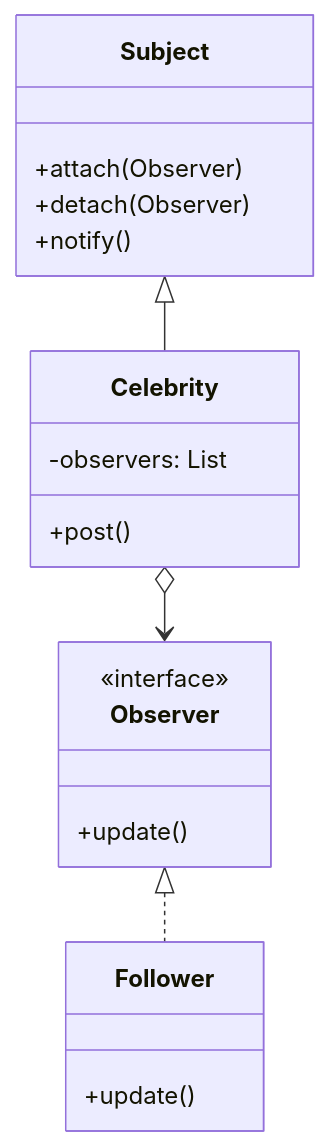
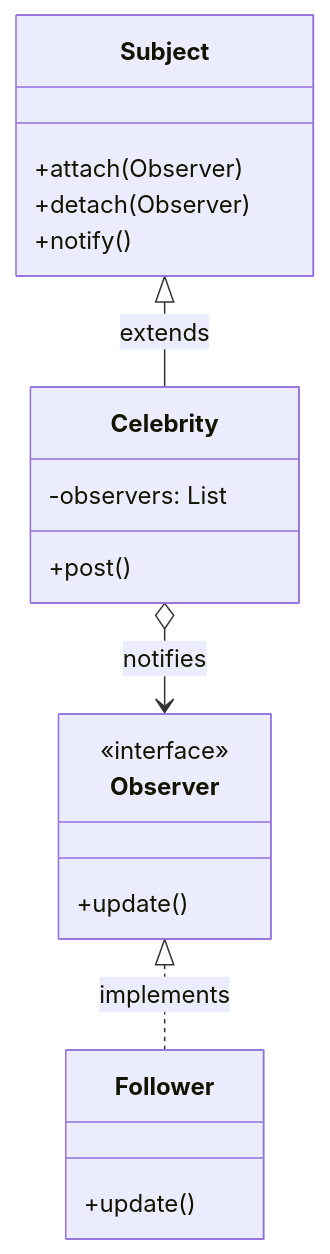
Before and after one commit to TechFille006/OOP: the seventh of 8 diagrams in design_patterns.md, drawn with Mermaid. The commit also changed other lines of this file, not shown here.

````diff
--- a/design_patterns.md
+++ b/design_patterns.md
@@ -209,22 +209,22 @@
 ```mermaid
 classDiagram
     class Subject {
         +attach(Observer)
         +detach(Observer)
         +notify()
     }
     class Observer {
         <<interface>>
         +update()
     }
     class Celebrity {
         -observers: List
         +post()
     }
     class Follower {
         +update()
     }
-    Subject <|-- Celebrity
-    Observer <|.. Follower
-    Celebrity o--> Observer
+    Subject <|-- Celebrity : extends
+    Observer <|.. Follower : implements
+    Celebrity o--> Observer : notifies
 ```
````
